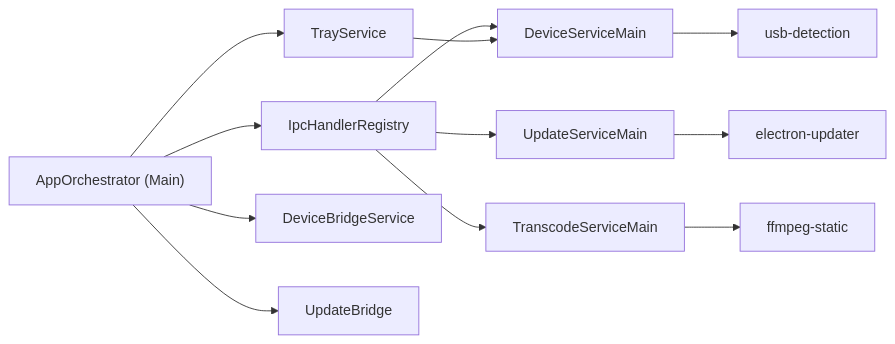
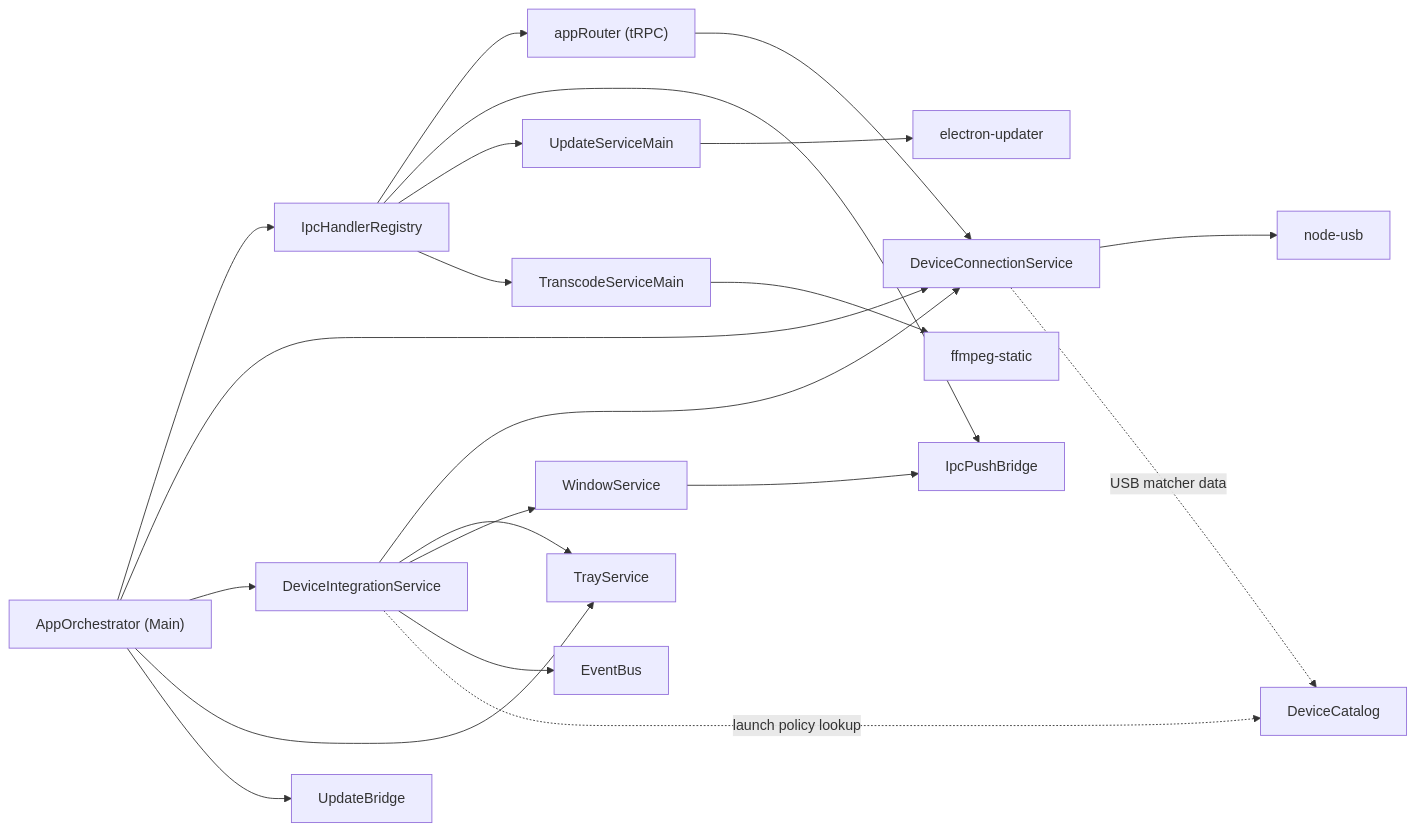
One commit to josstei/prismgb-app changed the fifth of 6 diagrams in docs/architecture-diagrams-onboarding.md. Above: the diagram before and after it, drawn with Mermaid. The commit also changed other lines of this file and 995 other files, not shown here.

````diff
--- a/docs/architecture-diagrams-onboarding.md
+++ b/docs/architecture-diagrams-onboarding.md
@@ -83,27 +86,41 @@
 ```mermaid
 flowchart LR
   AppOrchestrator["AppOrchestrator (Main)"]
   IpcHandlerRegistry[IpcHandlerRegistry]
+  AppRouter["appRouter (tRPC)"]
+  IpcPushBridge[IpcPushBridge]
+  WindowService[WindowService]
   TrayService[TrayService]
-  DeviceBridge[DeviceBridgeService]
+  EventBus[EventBus]
+  DeviceIntegrationService[DeviceIntegrationService]
+  DeviceConnectionService[DeviceConnectionService]
   UpdateBridge[UpdateBridge]
-  DeviceServiceMain[DeviceServiceMain]
   UpdateServiceMain[UpdateServiceMain]
   TranscodeServiceMain[TranscodeServiceMain]
-  UsbDetection[usb-detection]
+  UsbMonitor[node-usb]
+  DeviceCatalog[DeviceCatalog]
   AutoUpdater[electron-updater]
   FFmpeg[ffmpeg-static]
 
   AppOrchestrator --> IpcHandlerRegistry
+  AppOrchestrator --> DeviceConnectionService
+  AppOrchestrator --> DeviceIntegrationService
   AppOrchestrator --> TrayService
-  AppOrchestrator --> DeviceBridge
   AppOrchestrator --> UpdateBridge
 
-  IpcHandlerRegistry --> DeviceServiceMain
+  IpcHandlerRegistry --> AppRouter
+  IpcHandlerRegistry --> IpcPushBridge
+  AppRouter --> DeviceConnectionService
   IpcHandlerRegistry --> UpdateServiceMain
   IpcHandlerRegistry --> TranscodeServiceMain
-  TrayService --> DeviceServiceMain
-  DeviceServiceMain --> UsbDetection
+  DeviceIntegrationService --> DeviceConnectionService
+  DeviceIntegrationService --> TrayService
+  DeviceIntegrationService --> WindowService
+  DeviceIntegrationService --> EventBus
+  DeviceIntegrationService -. "launch policy lookup" .-> DeviceCatalog
+  WindowService --> IpcPushBridge
+  DeviceConnectionService --> UsbMonitor
+  DeviceConnectionService -. "USB matcher data" .-> DeviceCatalog
   UpdateServiceMain --> AutoUpdater
   TranscodeServiceMain --> FFmpeg
 ```
````
